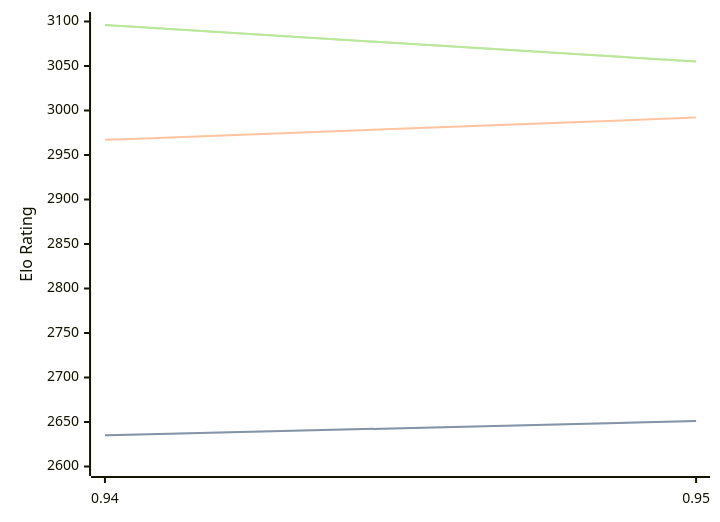
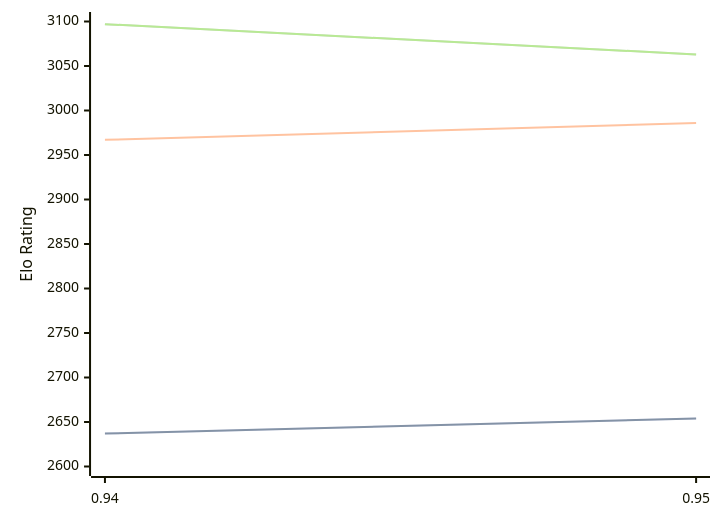
The diagram in engines/Myrddin.md (computer-chess-index/cci), drawn with Mermaid before and after one commit. The commit also changed other lines of this file, not shown here.

Commit message:
Update CCI Ratings (ELO VLTC) - 2026-04-25

````diff
--- a/engines/Myrddin.md
+++ b/engines/Myrddin.md
@@ -37,11 +37,11 @@
 ```mermaid
 %%{init: {"theme":"base","themeVariables":{"seriesColors:['#a3a3a3','#222221','#faa371']}}}%%
 xychart-beta
   x-axis ["0.94", "0.95"]
   y-axis "Elo Rating" 2600 --> 3100
-  line "STC (8.0+0.08s)" [2635, 2651]
-  line "STC (8.0+0.08s)" [2635, 2651]
-  line "LTC (60.0+0.60s)" [2967, 2992]
-  line "VLTC (2m24s+1.12s)" [3096, 3055]
-  line "VLTC (2m24s+1.12s)" [3096, 3055]
+  line "STC (8.0+0.08s)" [2637, 2654]
+  line "STC (8.0+0.08s)" [2637, 2654]
+  line "LTC (60.0+0.60s)" [2967, 2986]
+  line "VLTC (2m24s+1.12s)" [3097, 3063]
+  line "VLTC (2m24s+1.12s)" [3097, 3063]
 ```
````
